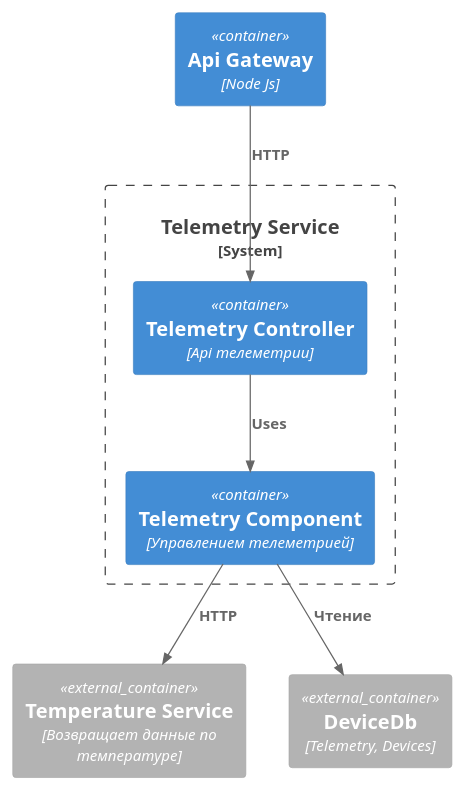
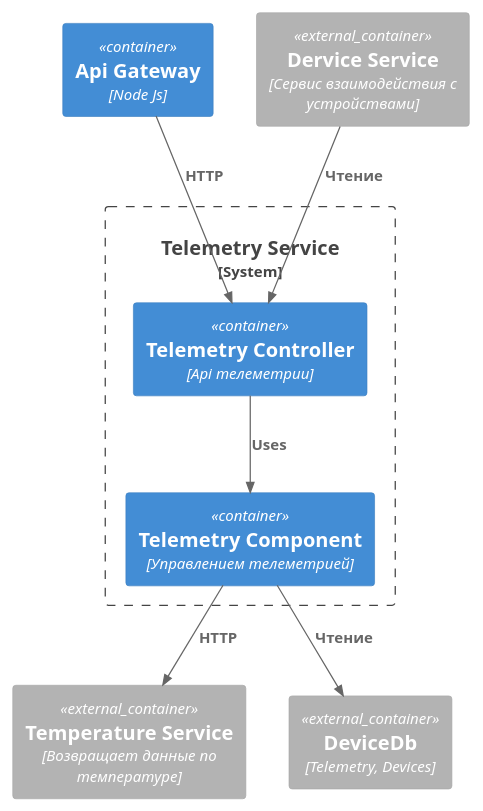
The diagram in schemas/C3_TelemetryService.puml (alexmented/architecture-pro-warmhouse), drawn with PlantUML before and after one commit. The commit also changed 5 other files, not shown here.

```diff
--- a/schemas/C3_TelemetryService.puml
+++ b/schemas/C3_TelemetryService.puml
@@ -1,20 +1,20 @@
 @startuml
 !include https://raw.githubusercontent.com/plantuml-stdlib/C4-PlantUML/master/C4_Container.puml
 
 Container(gateway, "Api Gateway", "Node Js")
 
 System_Boundary(serviceBoundary, "Telemetry Service") {
     Container(controller, "Telemetry Controller", "Api телеметрии")
     Container(component, "Telemetry Component", "Управлением телеметрией")
 }
     Container_Ext(temperatureService, "Temperature Service", "Возвращает данные по температуре")
     Container_Ext(deviceDb, "DeviceDb", "Telemetry, Devices")
-
+    Container_Ext(deviceService, "Dervice Service", "Сервис взаимодействия с устройствами")
 
 Rel(gateway, controller, "HTTP")
 Rel(controller, component, "Uses")
 Rel(component, temperatureService, "HTTP")
 Rel(component, deviceDb, "Чтение")
-
+Rel(deviceService, controller, "Чтение")
 
 @enduml
```
